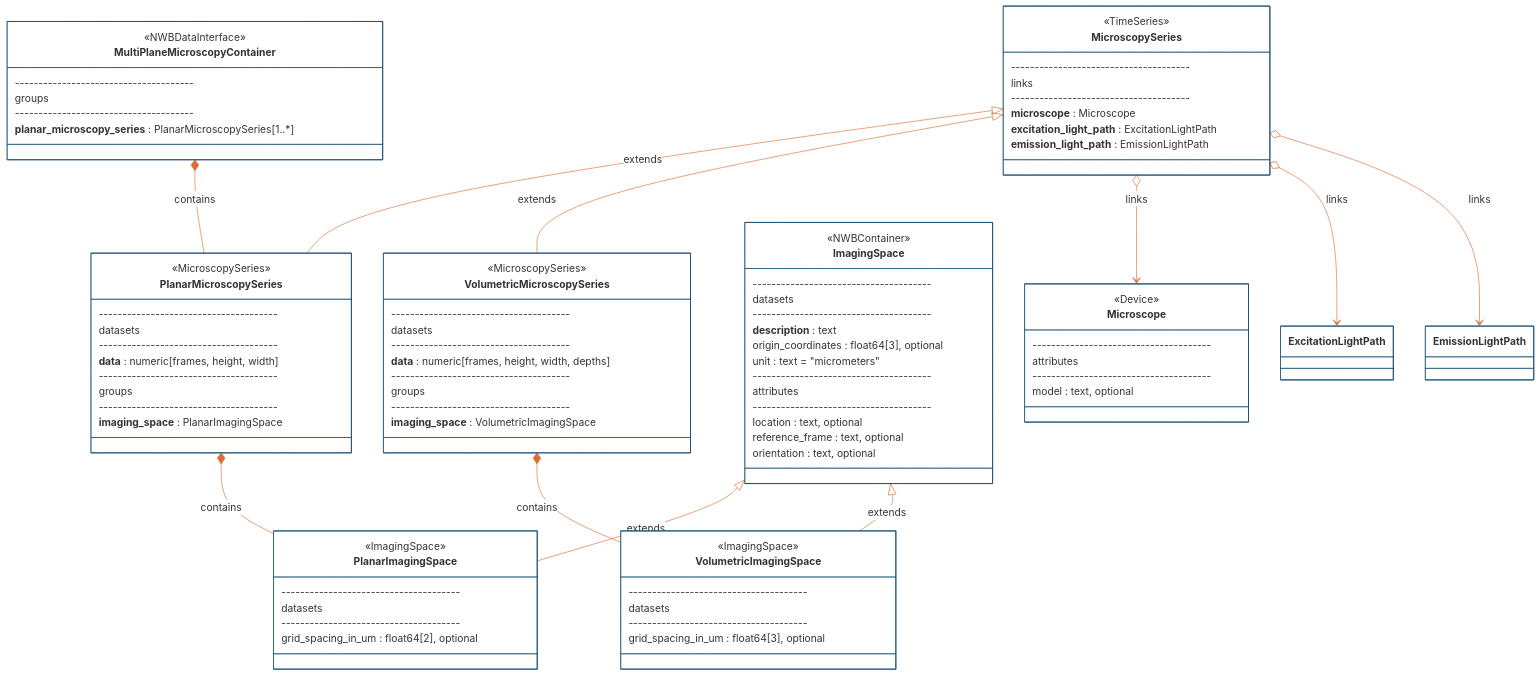
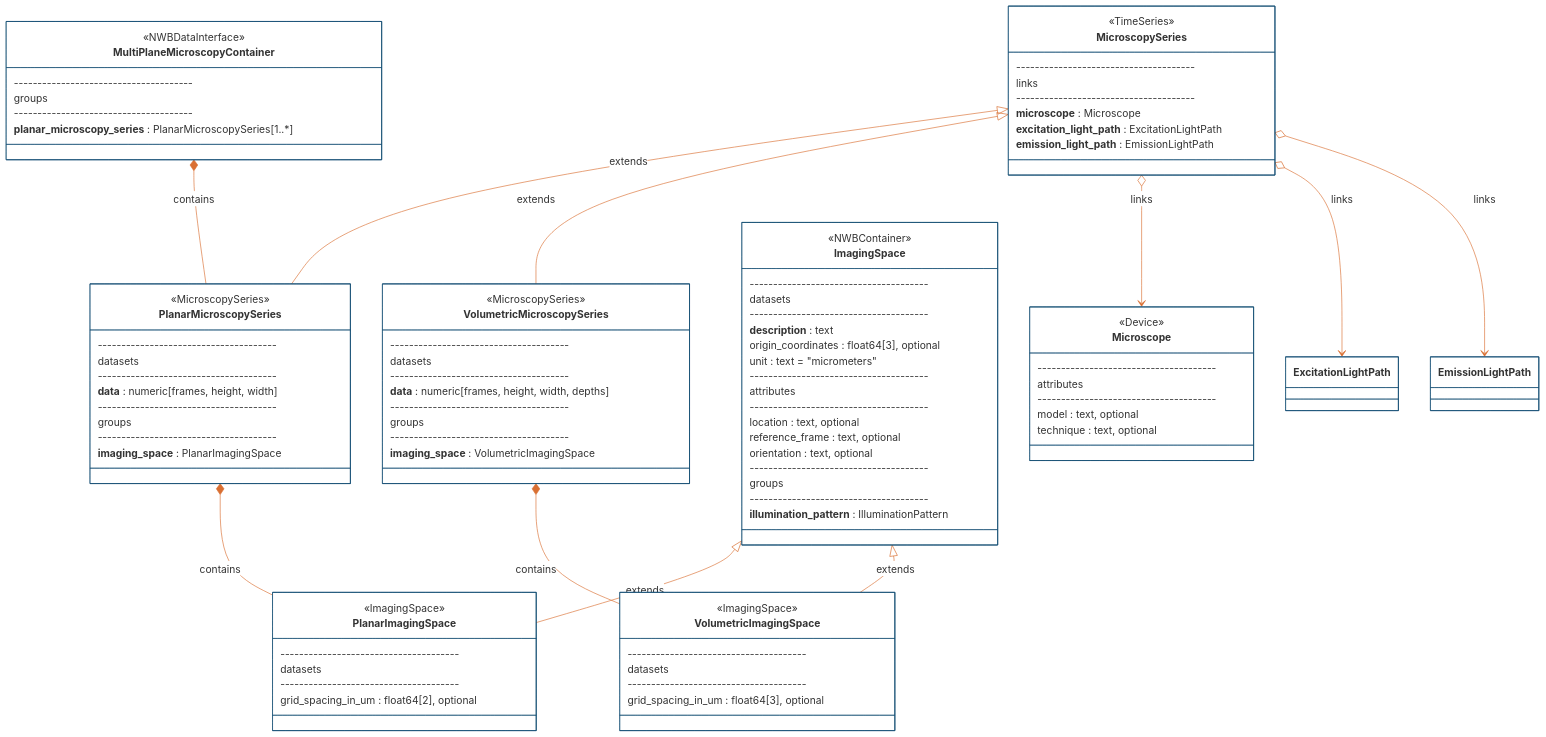
The third of 4 diagrams in README.md (catalystneuro/ndx-microscopy), drawn with Mermaid before and after one commit. The commit also changed other lines of this file and 16 other files, not shown here.

First line of the commit message:
Introduce IlluminationPattern and subclasses (#45)

```diff
--- a/README.md
+++ b/README.md
@@ -256,6 +333,10 @@
         location : text, optional
         reference_frame : text, optional
         orientation : text, optional
+        --------------------------------------
+        groups
+        --------------------------------------
+        **illumination_pattern** : IlluminationPattern
     }
 
     class PlanarImagingSpace {
@@ -280,6 +361,7 @@
         attributes
         --------------------------------------
         model : text, optional
+        technique : text, optional
     }
 
     MicroscopySeries <|-- PlanarMicroscopySeries : extends
```
